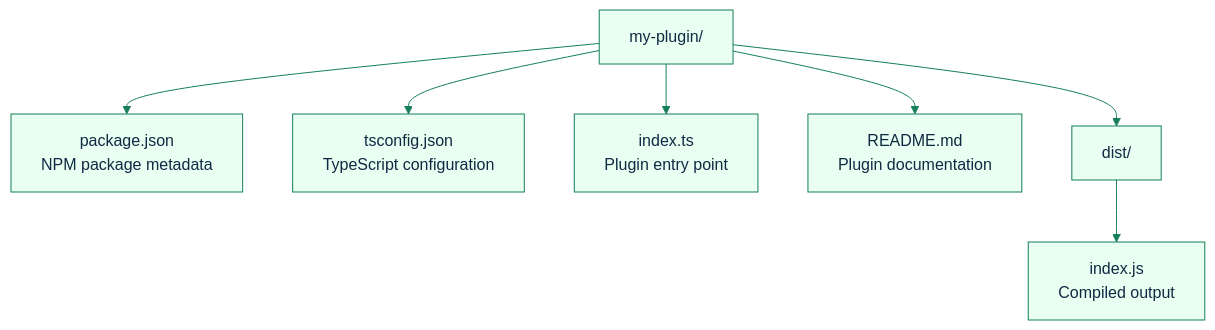
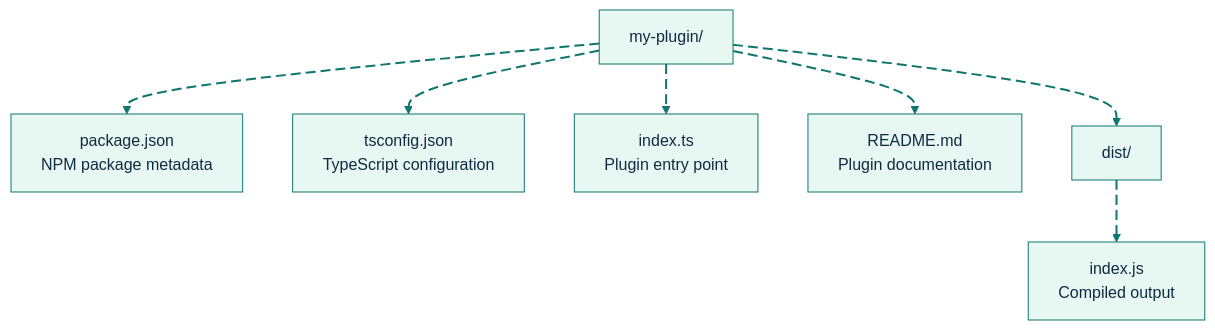
Before and after one commit to GlitterKill/sdl-mcp: the first of 2 diagrams in docs/plugin-sdk-author-guide.md, drawn with Mermaid. The commit also changed other lines of this file and 33 other files, not shown here.

First line of the commit message:
docs: update mermaid diagram themes and styling across documentation

````diff
--- a/docs/plugin-sdk-author-guide.md
+++ b/docs/plugin-sdk-author-guide.md
@@ -68,10 +68,19 @@
 ```mermaid
-%%{init: {"theme":"base","themeVariables":{"primaryColor":"#e8fff1","primaryBorderColor":"#157f5b","primaryTextColor":"#102a43","secondaryColor":"#eef6ff","secondaryBorderColor":"#2563eb","tertiaryColor":"#fff4d6","tertiaryBorderColor":"#b45309","lineColor":"#157f5b","fontFamily":"Trebuchet MS, Arial"},"flowchart":{"curve":"basis"}}}%%
+%%{init: {"theme":"base","themeVariables":{"background":"#ffffff","primaryColor":"#E7F8F2","primaryBorderColor":"#0F766E","primaryTextColor":"#102A43","secondaryColor":"#E8F1FF","secondaryBorderColor":"#2563EB","secondaryTextColor":"#102A43","tertiaryColor":"#FFF4D6","tertiaryBorderColor":"#B45309","tertiaryTextColor":"#102A43","lineColor":"#0F766E","textColor":"#102A43","fontFamily":"Inter, ui-sans-serif, system-ui, -apple-system, BlinkMacSystemFont, Segoe UI, sans-serif"},"flowchart":{"curve":"basis","htmlLabels":true}}}%%
 flowchart TD
-    Root["my-plugin/"] --> Package["package.json<br/>NPM package metadata"]
-    Root --> TSConfig["tsconfig.json<br/>TypeScript configuration"]
-    Root --> Entry["index.ts<br/>Plugin entry point"]
-    Root --> Readme["README.md<br/>Plugin documentation"]
-    Root --> Dist["dist/"]
-    Dist --> JS["index.js<br/>Compiled output"]
+    Root["my-plugin/"] e1@--> Package["package.json<br/>NPM package metadata"]
+    Root e2@--> TSConfig["tsconfig.json<br/>TypeScript configuration"]
+    Root e3@--> Entry["index.ts<br/>Plugin entry point"]
+    Root e4@--> Readme["README.md<br/>Plugin documentation"]
+    Root e5@--> Dist["dist/"]
+    Dist e6@--> JS["index.js<br/>Compiled output"]
+
+    classDef source fill:#E7F8F2,stroke:#0F766E,stroke-width:2px,color:#102A43;
+    classDef process fill:#E8F1FF,stroke:#2563EB,stroke-width:2px,color:#102A43;
+    classDef decision fill:#FFF4D6,stroke:#B45309,stroke-width:2px,color:#102A43;
+    classDef storage fill:#F2E8FF,stroke:#7C3AED,stroke-width:2px,color:#102A43;
+    classDef output fill:#FFE8EF,stroke:#BE123C,stroke-width:2px,color:#102A43;
+    classDef muted fill:#F8FAFC,stroke:#64748B,stroke-width:1px,color:#102A43;
+    classDef animate stroke:#0F766E,stroke-width:2px,stroke-dasharray:10\,5,stroke-dashoffset:900,animation:dash 22s linear infinite;
+    class e1,e2,e3,e4,e5,e6 animate;
 ```
````
